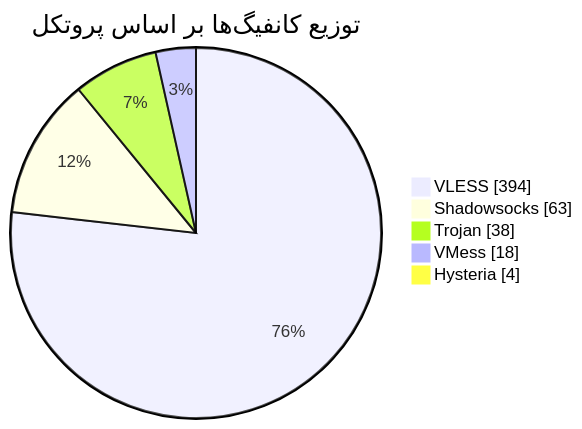
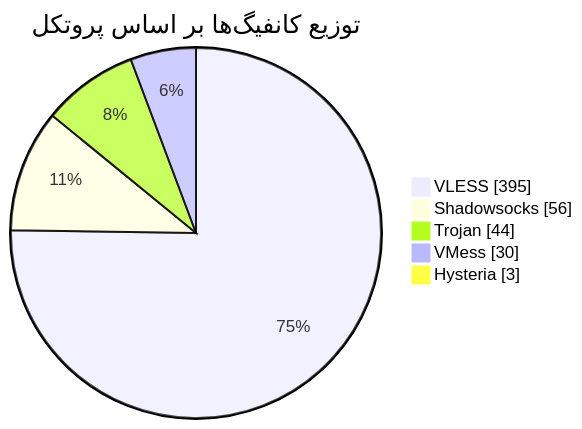
Before and after one commit to Arian-Alijani/Somthing: the diagram in README.md, drawn with Mermaid. The commit also changed other lines of this file and 83 other files, not shown here.

````diff
--- a/README.md
+++ b/README.md
@@ -47,9 +47,9 @@
 ```mermaid
 pie showData
     title توزیع کانفیگ‌ها بر اساس پروتکل
-    "VLESS" : 394
-    "Shadowsocks" : 63
-    "Trojan" : 38
-    "VMess" : 18
-    "Hysteria" : 4
+    "VLESS" : 395
+    "Shadowsocks" : 56
+    "Trojan" : 44
+    "VMess" : 30
+    "Hysteria" : 3
 ```
````
